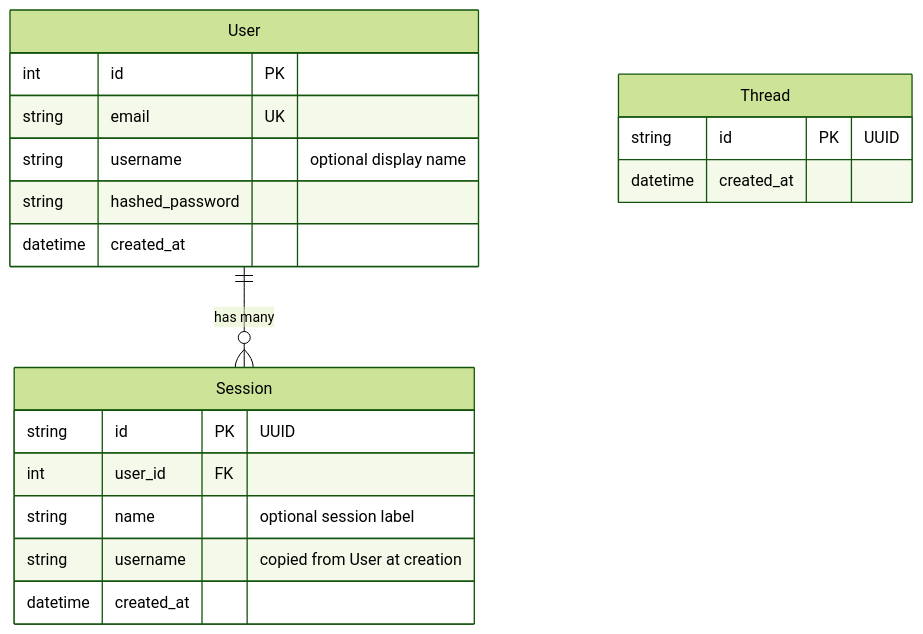
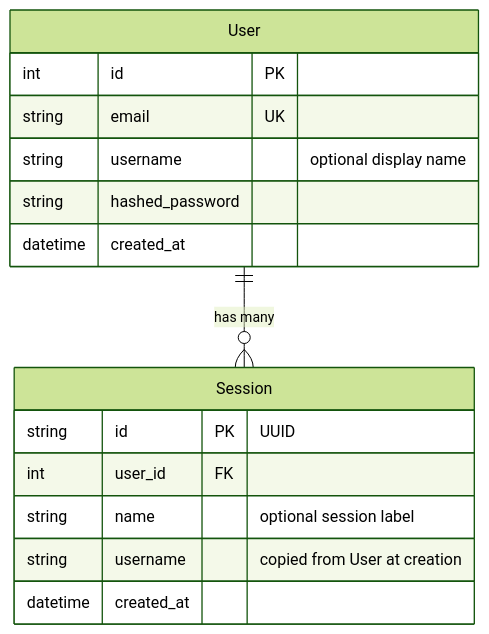
One commit to dinoesau/langgraph-template changed the diagram in docs/database.md. Above: the diagram before and after it, drawn with Mermaid (forest theme). The commit also changed other lines of this file and 21 other files, not shown here.

````diff
--- a/docs/database.md
+++ b/docs/database.md
@@ -18,25 +19,20 @@
 ```mermaid
 erDiagram
     User ||--o{ Session : "has many"
 
     User {
         int id PK
         string email UK
         string username "optional display name"
         string hashed_password
         datetime created_at
     }
 
     Session {
         string id PK "UUID"
         int user_id FK
         string name "optional session label"
         string username "copied from User at creation"
         datetime created_at
     }
-
-    Thread {
-        string id PK "UUID"
-        datetime created_at
-    }
 ```
````
